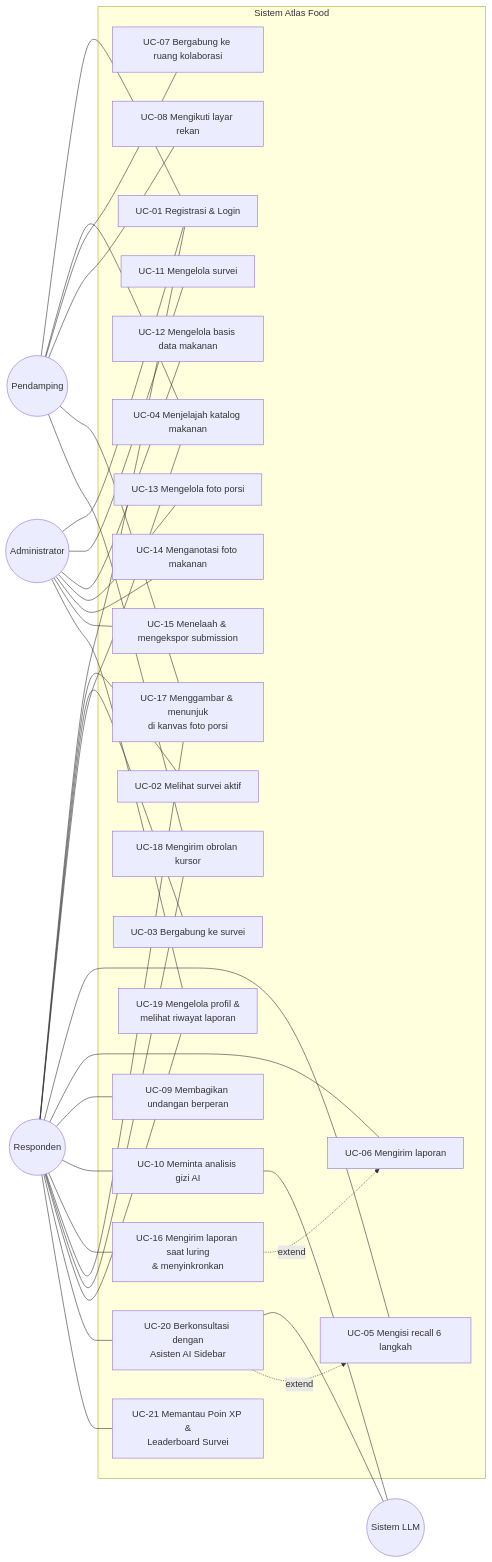
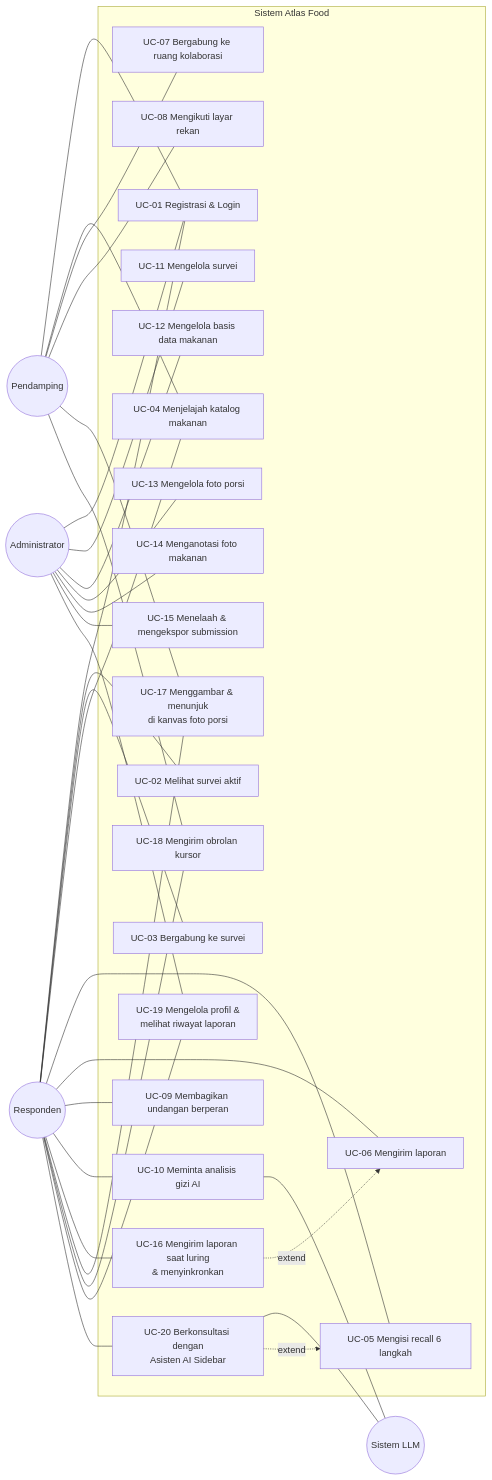
The third of 14 diagrams in docs/Skripsi_Atlas_Food_Bab_1-5.md (Babyhex7/atlas_food_frontend), drawn with Mermaid before and after one commit. The commit also changed other lines of this file and 1 other file, not shown here.

````diff
--- a/docs/Skripsi_Atlas_Food_Bab_1-5.md
+++ b/docs/Skripsi_Atlas_Food_Bab_1-5.md
@@ -719,39 +693,38 @@
 ```mermaid
 flowchart LR
     R((Responden))
     P((Pendamping))
     A((Administrator))
     L((Sistem LLM))
 
     subgraph SIS["Sistem Atlas Food"]
         UC1["UC-01 Registrasi & Login"]
         UC2["UC-02 Melihat survei aktif"]
         UC3["UC-03 Bergabung ke survei"]
         UC4["UC-04 Menjelajah katalog makanan"]
         UC5["UC-05 Mengisi recall 6 langkah"]
         UC6["UC-06 Mengirim laporan"]
         UC7["UC-07 Bergabung ke ruang kolaborasi"]
         UC8["UC-08 Mengikuti layar rekan"]
         UC9["UC-09 Membagikan undangan berperan"]
         UC10["UC-10 Meminta analisis gizi AI"]
         UC11["UC-11 Mengelola survei"]
         UC12["UC-12 Mengelola basis data makanan"]
         UC13["UC-13 Mengelola foto porsi"]
         UC14["UC-14 Menganotasi foto makanan"]
         UC15["UC-15 Menelaah & mengekspor submission"]
         UC16["UC-16 Mengirim laporan saat luring<br/>& menyinkronkan"]
         UC17["UC-17 Menggambar & menunjuk<br/>di kanvas foto porsi"]
         UC18["UC-18 Mengirim obrolan kursor"]
         UC19["UC-19 Mengelola profil &<br/>melihat riwayat laporan"]
         UC20["UC-20 Berkonsultasi dengan<br/>Asisten AI Sidebar"]
-        UC21["UC-21 Memantau Poin XP &<br/>Leaderboard Survei"]
     end
 
-    R --- UC1 & UC2 & UC3 & UC4 & UC5 & UC6 & UC9 & UC10 & UC16 & UC17 & UC18 & UC19 & UC20 & UC21
+    R --- UC1 & UC2 & UC3 & UC4 & UC5 & UC6 & UC9 & UC10 & UC16 & UC17 & UC18 & UC19 & UC20
     P --- UC1 & UC4 & UC7 & UC8 & UC17 & UC18
     A --- UC1 & UC11 & UC12 & UC13 & UC14 & UC15 & UC19
     UC10 --- L
     UC20 --- L
     UC16 -.->|extend| UC6
     UC20 -.->|extend| UC5
 ```
````
